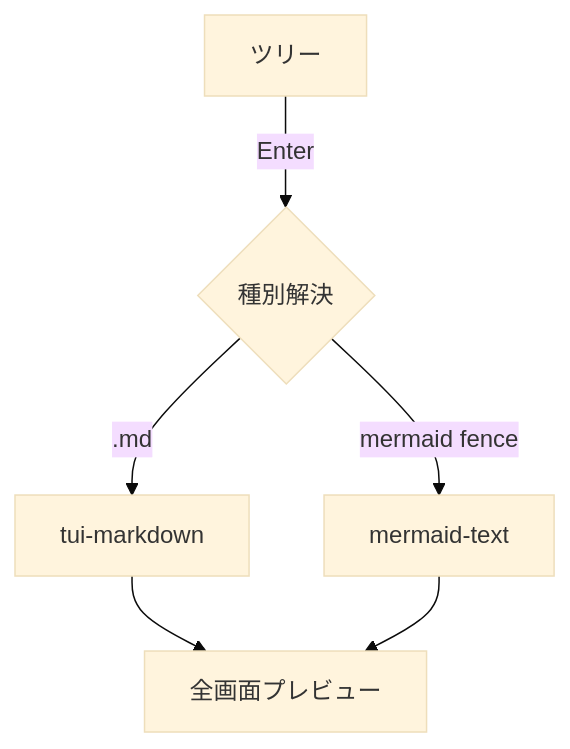
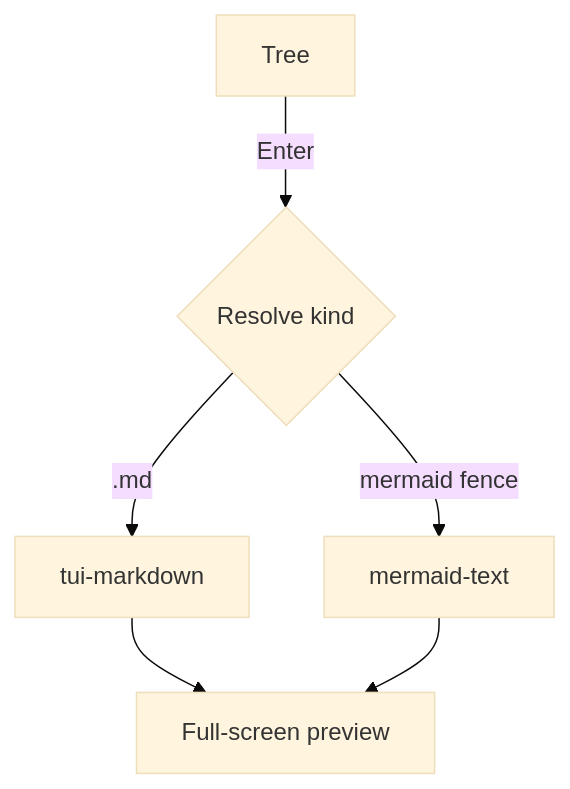
One commit to LESIM-Co-Ltd/konoma changed the diagram in samples/markdown.md. Above: the diagram before and after it, drawn with Mermaid (base theme). The commit also changed other lines of this file and 8 other files, not shown here.

````diff
--- a/samples/markdown.md
+++ b/samples/markdown.md
@@ -118,8 +119,8 @@
 ```mermaid
 graph TD
-  A[ツリー] -->|Enter| B{種別解決}
+  A[Tree] -->|Enter| B{Resolve kind}
   B -->|.md| C[tui-markdown]
   B -->|mermaid fence| D[mermaid-text]
-  C --> E[全画面プレビュー]
+  C --> E[Full-screen preview]
   D --> E
 ```
````
